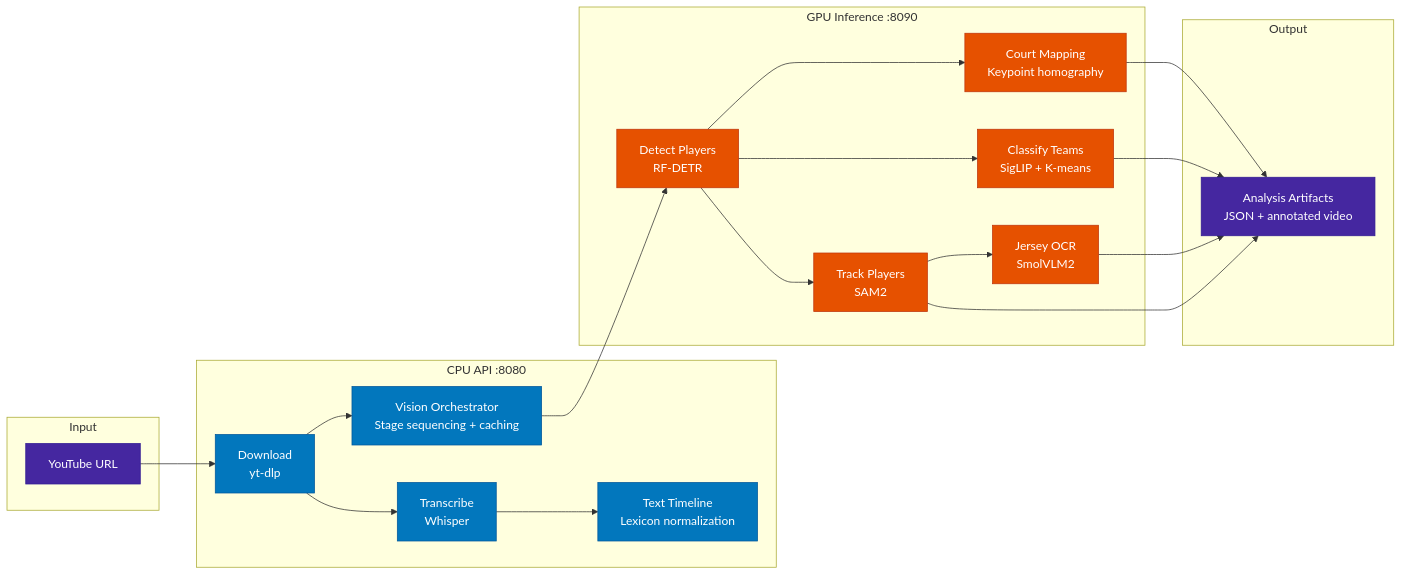
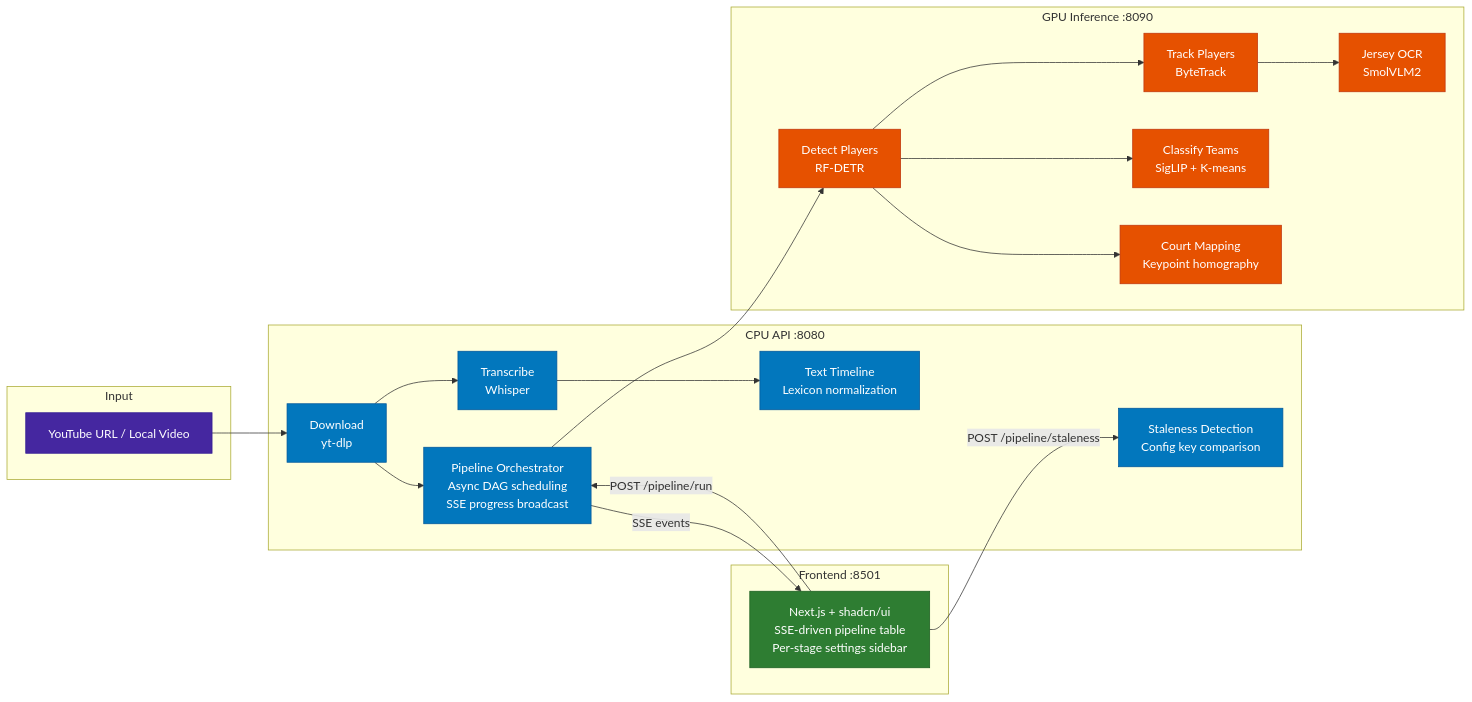
Before and after one commit to aegean-ai/basket-tube: the diagram in README.md, drawn with Mermaid. The commit also changed other lines of this file and 1 other file, not shown here.

First line of the commit message:
docs: update README and CLAUDE.md for async pipeline architecture

````diff
--- a/README.md
+++ b/README.md
@@ -11,40 +11,46 @@
 ```mermaid
 flowchart LR
     subgraph Input
-        YT[YouTube URL]
+        YT[YouTube URL / Local Video]
     end
 
     subgraph "CPU API :8080"
         DL[Download<br/>yt-dlp]
         STT[Transcribe<br/>Whisper]
         TL[Text Timeline<br/>Lexicon normalization]
-        ORCH[Vision Orchestrator<br/>Stage sequencing + caching]
+        ORCH["Pipeline Orchestrator<br/>Async DAG scheduling<br/>SSE progress broadcast"]
+        STALE[Staleness Detection<br/>Config key comparison]
     end
 
     subgraph "GPU Inference :8090"
         DET[Detect Players<br/>RF-DETR]
-        TRK[Track Players<br/>SAM2]
+        TRK[Track Players<br/>ByteTrack]
         TEAM[Classify Teams<br/>SigLIP + K-means]
         OCR[Jersey OCR<br/>SmolVLM2]
         COURT[Court Mapping<br/>Keypoint homography]
     end
 
-    subgraph Output
-        ART[Analysis Artifacts<br/>JSON + annotated video]
+    subgraph "Frontend :8501"
+        UI["Next.js + shadcn/ui<br/>SSE-driven pipeline table<br/>Per-stage settings sidebar"]
     end
 
     YT --> DL --> STT --> TL
     DL --> ORCH
-    ORCH --> DET --> TRK --> ART
-    DET --> TEAM --> ART
-    DET --> COURT --> ART
-    TRK --> OCR --> ART
+    ORCH --> DET --> TRK
+    DET --> TEAM
+    DET --> COURT
+    TRK --> OCR
+    ORCH -- "SSE events" --> UI
+    UI -- "POST /pipeline/run" --> ORCH
+    UI -- "POST /pipeline/staleness" --> STALE
 
     classDef cpu fill:#0277bd,color:#fff,stroke:#01579b
     classDef gpu fill:#e65100,color:#fff,stroke:#bf360c
     classDef io fill:#4527a0,color:#fff,stroke:#311b92
+    classDef fe fill:#2e7d32,color:#fff,stroke:#1b5e20
 
-    class YT,ART io
-    class DL,STT,TL,ORCH cpu
+    class YT io
+    class DL,STT,TL,ORCH,STALE cpu
     class DET,TRK,TEAM,OCR,COURT gpu
+    class UI fe
 ```
````
